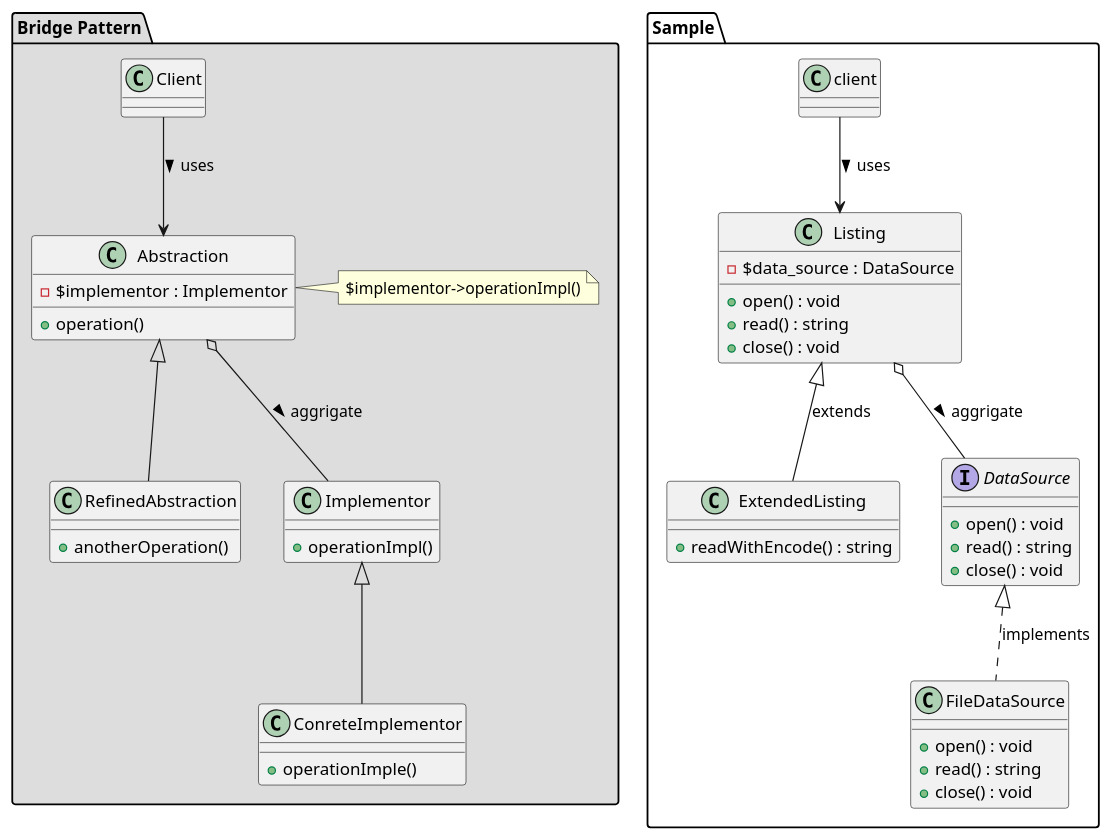
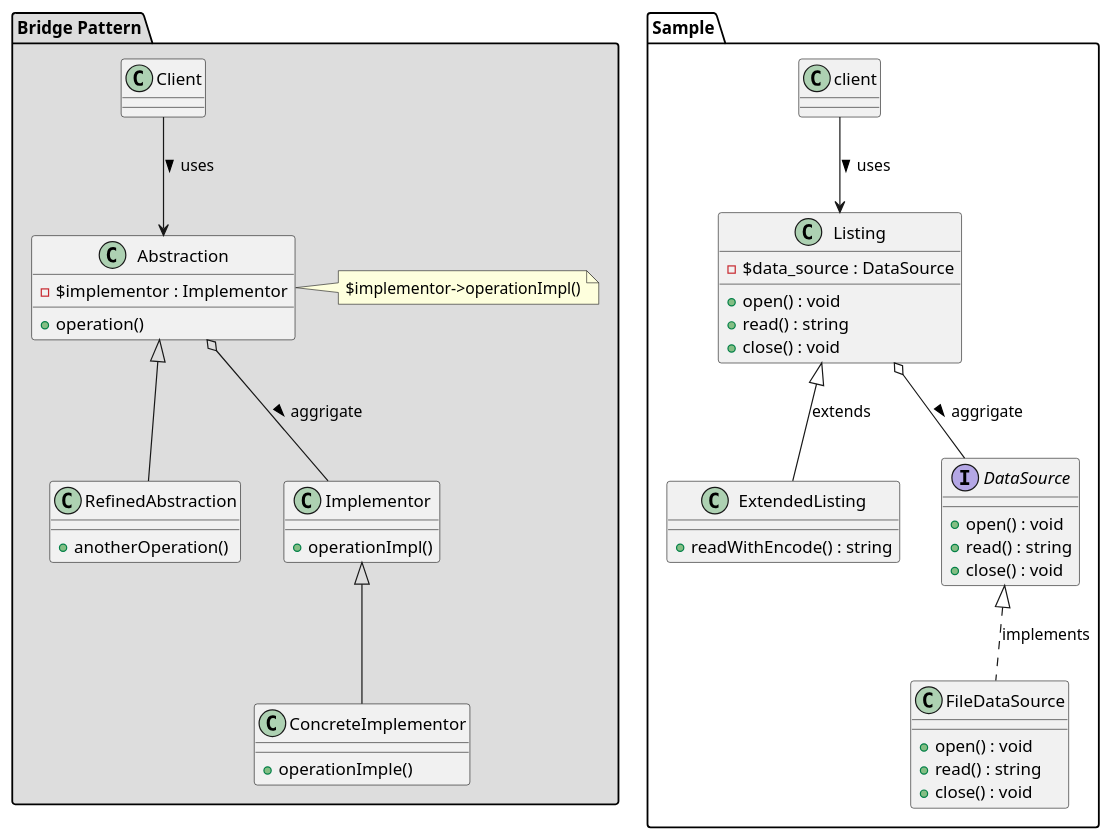
One commit to kenjis/PhpDesignPattern changed the diagram in Bridge/Bridge-class-dia.puml. Above: the diagram before and after it, drawn with PlantUML. The commit also changed 1 other file, not shown here.

```diff
--- a/Bridge/Bridge-class-dia.puml
+++ b/Bridge/Bridge-class-dia.puml
@@ -1,68 +1,68 @@
 @startuml
 
 package "Bridge Pattern" #DDDDDD {
   class Abstraction {
     -$implementor : Implementor
     +operation()
   }
   note right: $implementor->operationImpl()
 
   class RefinedAbstraction {
     +anotherOperation()
   }
 
   Abstraction <|-- RefinedAbstraction
 
   class Implementor {
     +operationImpl()
   }
 
-  class ConreteImplementor {
+  class ConcreteImplementor {
     +operationImple()
   }
 
-  Implementor <|-- ConreteImplementor
+  Implementor <|-- ConcreteImplementor
 
   Abstraction o-- Implementor : aggrigate >
 
   class Client
 
   Client --> Abstraction : uses >
 }
 
 package "Sample" {
   class Listing {
     -$data_source : DataSource
     +open() : void
     +read() : string
     +close() : void
   }
 
   class ExtendedListing {
     +readWithEncode() : string
   }
 
   Listing <|-- ExtendedListing : extends
 
   interface DataSource {
     +open() : void
     +read() : string
     +close() : void
   }
 
   class FileDataSource {
     +open() : void
     +read() : string
     +close() : void
   }
 
   DataSource <|.. FileDataSource : implements
 
   Listing o-- DataSource : aggrigate >
 
   class client
 
   client --> Listing : uses >
 }
 
 @enduml
```
